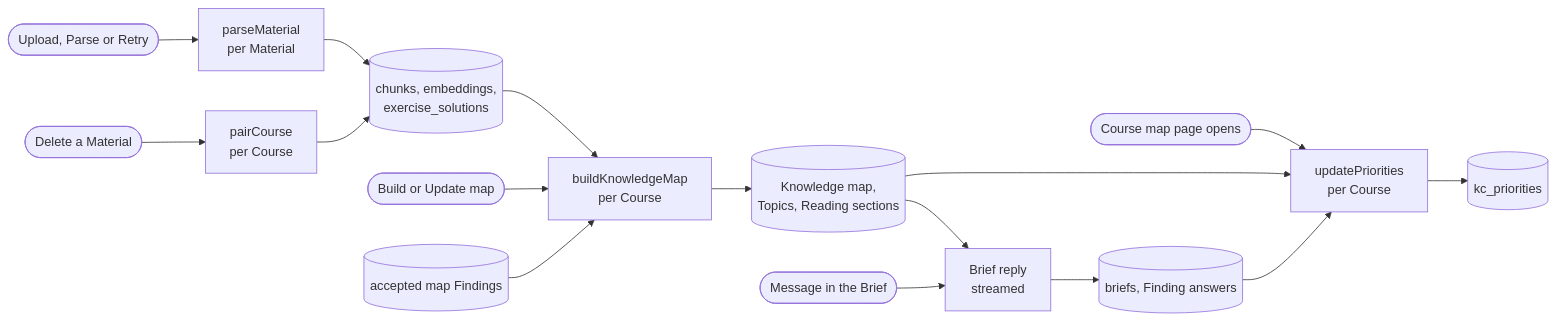
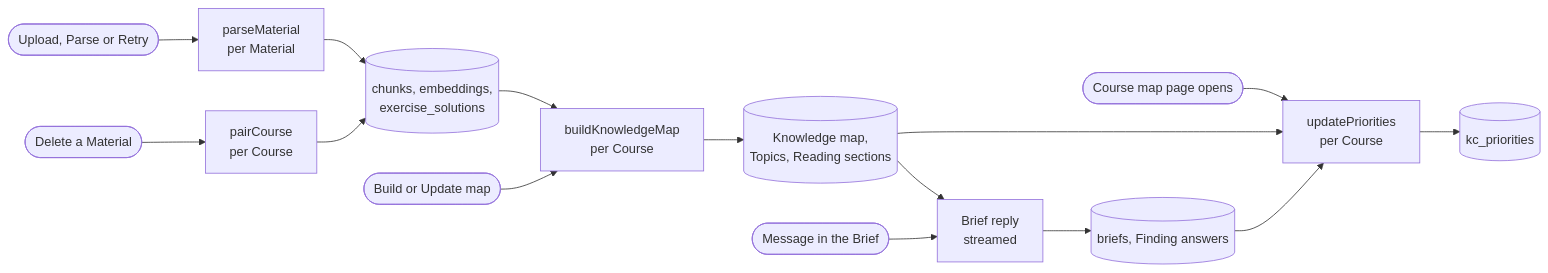
One commit to 69420pm/project-mastery changed the diagram in docs/features/knowledge-map-pipeline.md. Above: the diagram before and after it, drawn with Mermaid. The commit also changed other lines of this file and 5 other files, not shown here.

````diff
--- a/docs/features/knowledge-map-pipeline.md
+++ b/docs/features/knowledge-map-pipeline.md
@@ -7,18 +7,17 @@
 ```mermaid
 flowchart LR
   upload([Upload, Parse or Retry]) --> parse[parseMaterial<br/>per Material]
   delete([Delete a Material]) --> pair[pairCourse<br/>per Course]
   parse --> chunks[(chunks, embeddings,<br/>exercise_solutions)]
   pair --> chunks
   press([Build or Update map]) --> build[buildKnowledgeMap<br/>per Course]
   chunks --> build
-  mapFindings[(accepted map Findings)] --> build
   build --> map[(Knowledge map,<br/>Topics, Reading sections)]
   open([Course map page opens]) --> prio[updatePriorities<br/>per Course]
   map --> prio
   brief([Message in the Brief]) --> reply[Brief reply<br/>streamed]
   reply --> briefRows[(briefs, Finding answers)]
   briefRows --> prio
   map --> reply
   prio --> priorities[(kc_priorities)]
 ```
````
